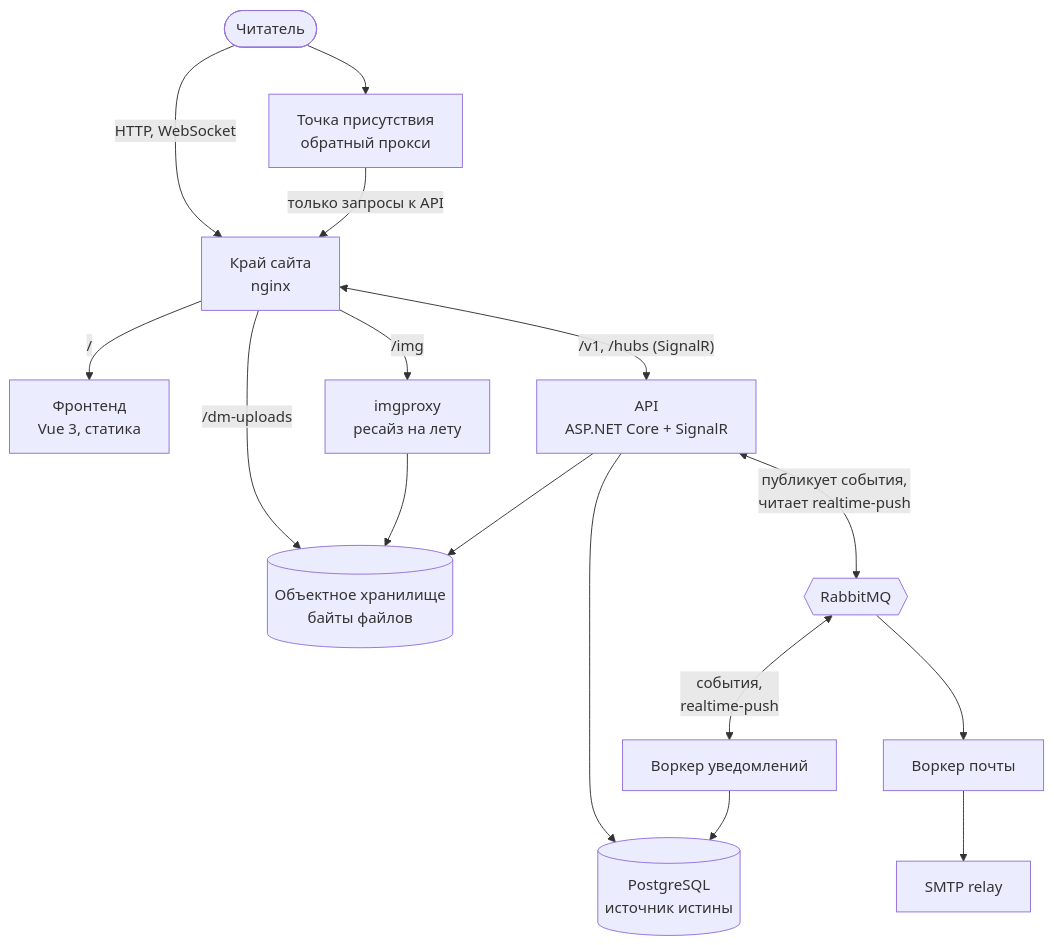
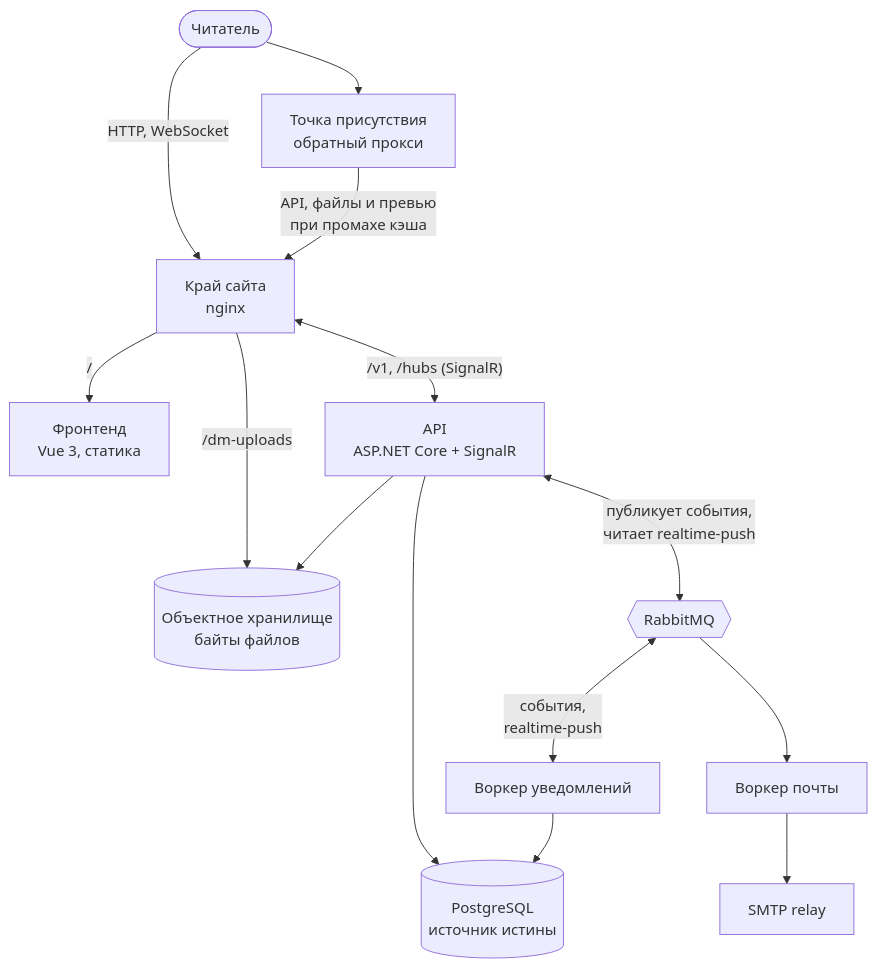
One commit to dm-am/dm3 changed the first of 3 diagrams in docs/architecture/SYSTEM.md. Above: the diagram before and after it, drawn with Mermaid. The commit also changed other lines of this file and 4527 other files, not shown here.

````diff
--- a/docs/architecture/SYSTEM.md
+++ b/docs/architecture/SYSTEM.md
@@ -42,31 +35,28 @@
 ```mermaid
 flowchart TB
     reader(["Читатель"])
     pop["Точка присутствия<br/>обратный прокси"]
     edge["Край сайта<br/>nginx"]
     spa["Фронтенд<br/>Vue 3, статика"]
     api["API<br/>ASP.NET Core + SignalR"]
-    img["imgproxy<br/>ресайз на лету"]
     s3[("Объектное хранилище<br/>байты файлов")]
     pg[("PostgreSQL<br/>источник истины")]
     rmq{{"RabbitMQ"}}
     wmail["Воркер почты"]
     wnotify["Воркер уведомлений"]
     smtp["SMTP relay"]
 
     reader -->|"HTTP, WebSocket"| edge
     reader --> pop
-    pop -->|"только запросы к API"| edge
+    pop -->|"API, файлы и превью<br/>при промахе кэша"| edge
     edge -->|"/"| spa
     edge <-->|"/v1, /hubs (SignalR)"| api
-    edge -->|"/img"| img
     edge -->|"/dm-uploads"| s3
-    img --> s3
     api --> pg
     api --> s3
     api <-->|"публикует события,<br/>читает realtime-push"| rmq
     rmq --> wmail
     rmq <-->|"события,<br/>realtime-push"| wnotify
     wnotify --> pg
     wmail --> smtp
 ```
````
